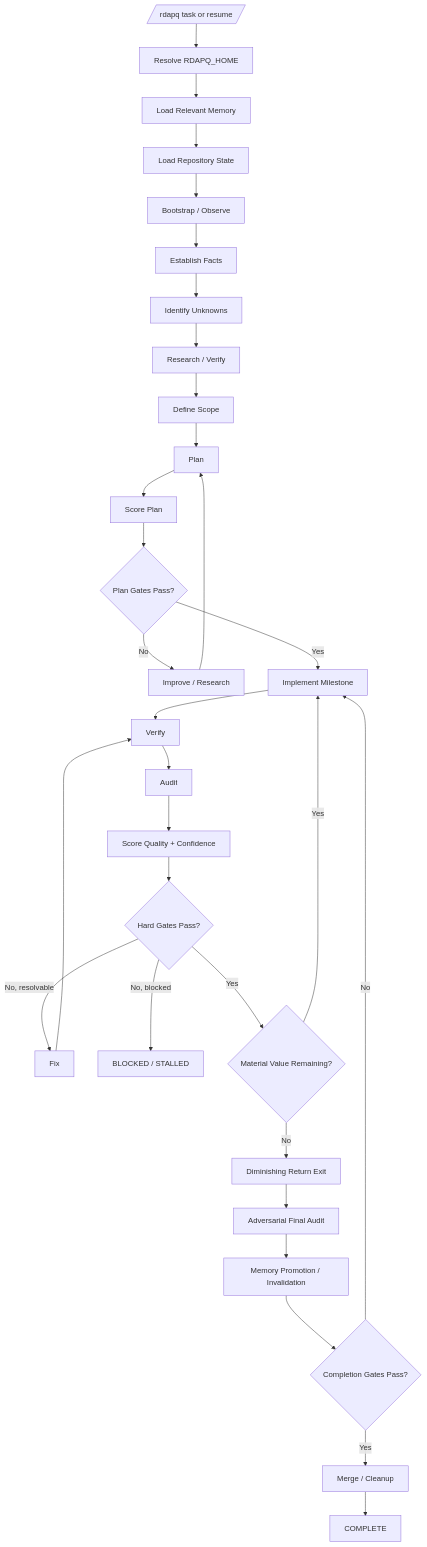
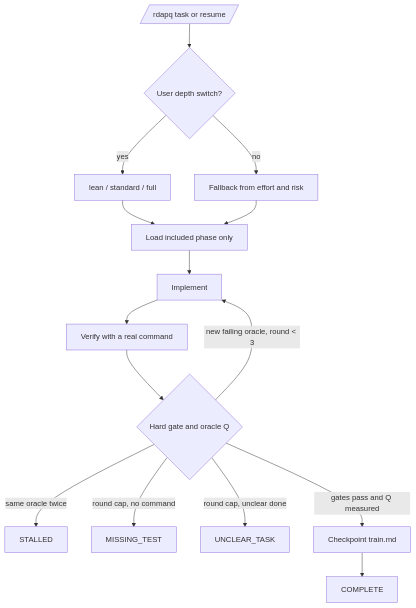
One commit to coldcanuk/rdapq changed the diagram in rdap-q-skill/diagrams/rdapq-control-loop.mmd. Above: the diagram before and after it, drawn with Mermaid. The commit also changed 15 other files, not shown here.

```diff
--- a/rdap-q-skill/diagrams/rdapq-control-loop.mmd
+++ b/rdap-q-skill/diagrams/rdapq-control-loop.mmd
@@ -1,31 +1,15 @@
 flowchart TD
-    A[/rdapq task or resume/] --> B[Resolve RDAPQ_HOME]
-    B --> C[Load Relevant Memory]
-    C --> D[Load Repository State]
-    D --> E[Bootstrap / Observe]
-    E --> F[Establish Facts]
-    F --> G[Identify Unknowns]
-    G --> H[Research / Verify]
-    H --> I[Define Scope]
-    I --> J[Plan]
-    J --> K[Score Plan]
-    K --> L{Plan Gates Pass?}
-    L -- No --> M[Improve / Research]
-    M --> J
-    L -- Yes --> N[Implement Milestone]
-    N --> O[Verify]
-    O --> P[Audit]
-    P --> Q[Score Quality + Confidence]
-    Q --> R{Hard Gates Pass?}
-    R -- No, resolvable --> S[Fix]
-    S --> O
-    R -- No, blocked --> T[BLOCKED / STALLED]
-    R -- Yes --> U{Material Value Remaining?}
-    U -- Yes --> N
-    U -- No --> V[Diminishing Return Exit]
-    V --> W[Adversarial Final Audit]
-    W --> X[Memory Promotion / Invalidation]
-    X --> Y{Completion Gates Pass?}
-    Y -- No --> N
-    Y -- Yes --> Z[Merge / Cleanup]
-    Z --> AA[COMPLETE]
+    A[/rdapq task or resume/] --> D{User depth switch?}
+    D -- yes --> E[lean / standard / full]
+    D -- no --> F[Fallback from effort and risk]
+    E --> G[Load included phase only]
+    F --> G
+    G --> H[Implement]
+    H --> I[Verify with a real command]
+    I --> J{Hard gate and oracle Q}
+    J -- new failing oracle, round < 3 --> H
+    J -- same oracle twice --> K[STALLED]
+    J -- round cap, no command --> L[MISSING_TEST]
+    J -- round cap, unclear done --> M[UNCLEAR_TASK]
+    J -- gates pass and Q measured --> N[Checkpoint train.md]
+    N --> O[COMPLETE]
```
